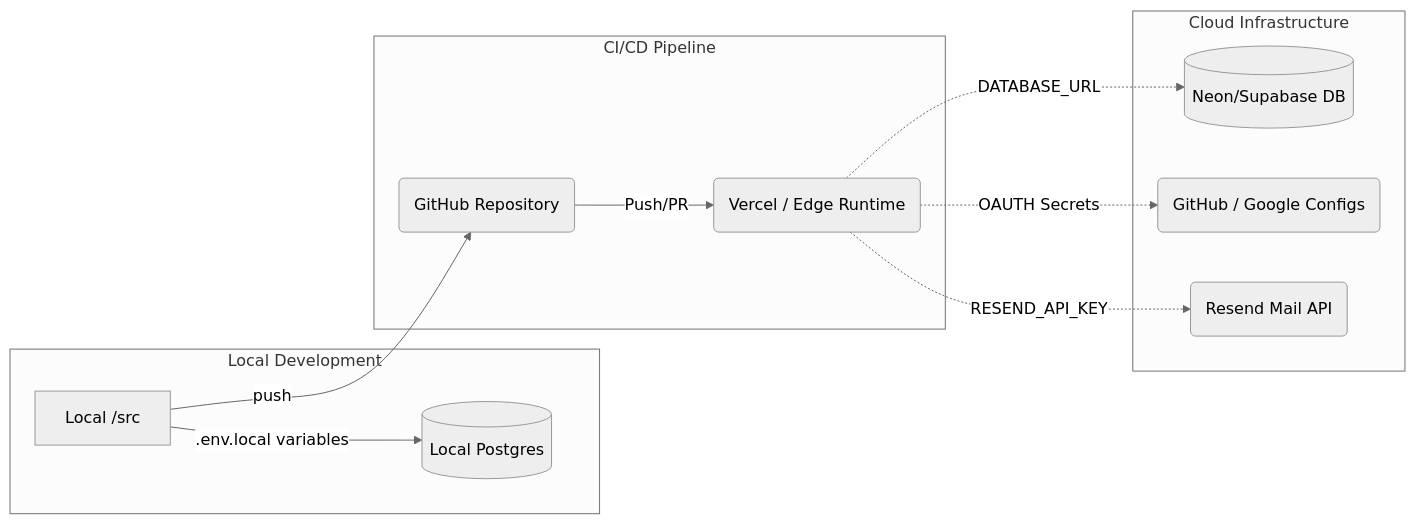
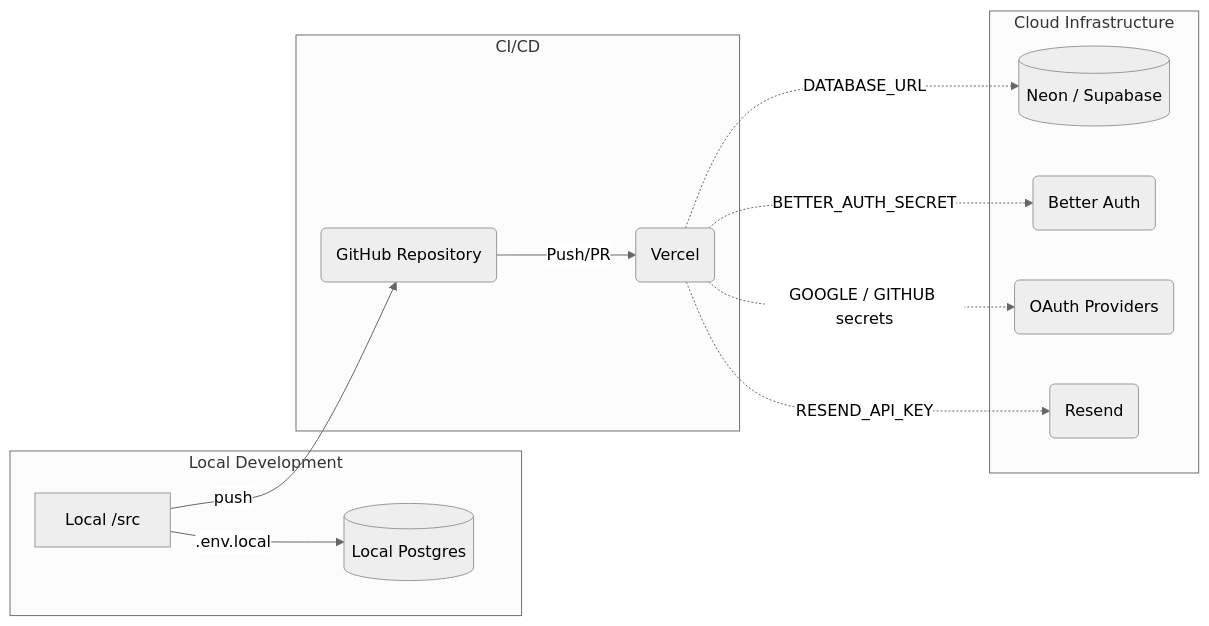
The fifth of 5 diagrams in ARCHITECTURE.md (good-shepherd-insights/multi-tenant-saas-starter), drawn with Mermaid (neutral theme) before and after one commit. The commit also changed other lines of this file and 9 other files, not shown here.

Commit message:
docs: add comprehensive feature engineering manuals and architectural documentation

````diff
--- a/ARCHITECTURE.md
+++ b/ARCHITECTURE.md
@@ -257,18 +482,19 @@
 ```mermaid
 graph LR
     subgraph Local Development
-        Dev[Local /src] -->|.env.local variables| DBLocal[(Local Postgres)]
+        Dev[Local /src] -->|.env.local| DBLocal[(Local Postgres)]
     end
 
-    subgraph CI/CD Pipeline
-        Git(GitHub Repository) --> |Push/PR| Hosting(Vercel / Edge Runtime)
+    subgraph CI/CD
+        Git(GitHub Repository) -->|Push/PR| Hosting(Vercel)
     end
-    
-    subgraph Cloud Infrastructure 
-        Hosting -.-> |DATABASE_URL| DBProd[(Neon/Supabase DB)]
-        Hosting -.-> |OAUTH Secrets| OAuth(GitHub / Google Configs)
-        Hosting -.-> |RESEND_API_KEY| Mailing(Resend Mail API)
+
+    subgraph Cloud Infrastructure
+        Hosting -.->|DATABASE_URL| DBProd[(Neon / Supabase)]
+        Hosting -.->|BETTER_AUTH_SECRET| Auth(Better Auth)
+        Hosting -.->|GOOGLE / GITHUB secrets| OAuth(OAuth Providers)
+        Hosting -.->|RESEND_API_KEY| Mailing(Resend)
     end
 
     Dev -- push --> Git
 ```
````
